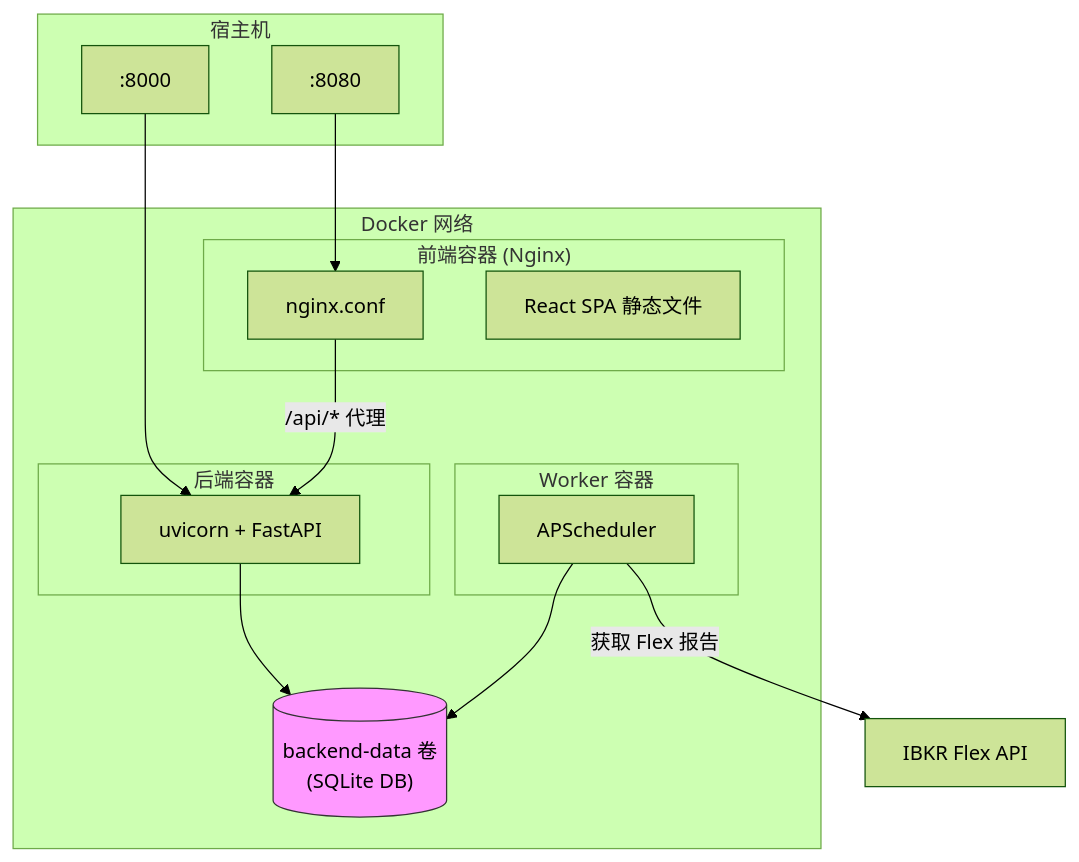
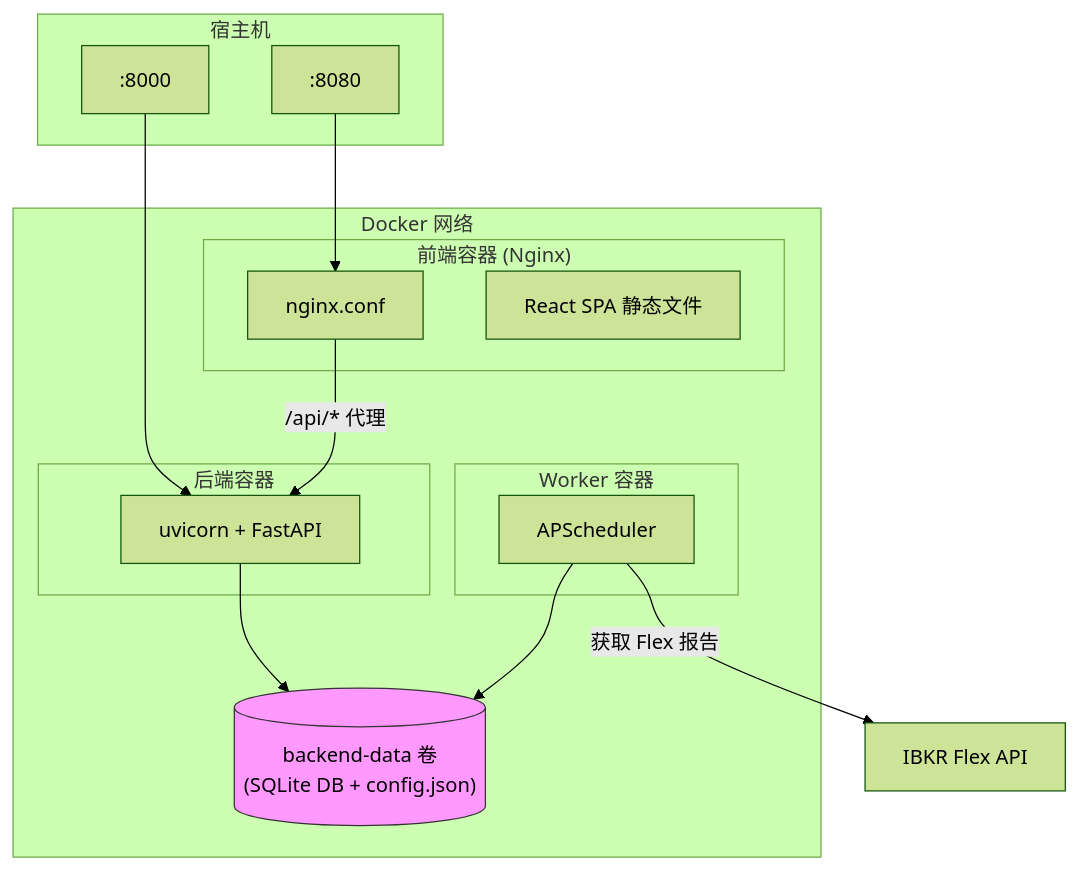
One commit to XUranus/ibkr-dash changed the diagram in docs/i18n/zh-CN/docusaurus-plugin-content-docs/current/deployment/docker.md. Above: the diagram before and after it, drawn with Mermaid (forest theme). The commit also changed other lines of this file and 6 other files, not shown here.

````diff
--- a/docs/i18n/zh-CN/docusaurus-plugin-content-docs/current/deployment/docker.md
+++ b/docs/i18n/zh-CN/docusaurus-plugin-content-docs/current/deployment/docker.md
@@ -14,30 +14,30 @@
 ```mermaid
 graph TB
     subgraph Host["宿主机"]
         P8080[":8080"]
         P8000[":8000"]
     end
 
     subgraph DockerNetwork["Docker 网络"]
         subgraph Frontend["前端容器 (Nginx)"]
             NGINX["nginx.conf"]
             STATIC["React SPA 静态文件"]
         end
         subgraph Backend["后端容器"]
             UVICORN["uvicorn + FastAPI"]
         end
         subgraph Worker["Worker 容器"]
             SCHEDULER["APScheduler"]
         end
-        VOLUME[("backend-data 卷<br/>(SQLite DB)")]
+        VOLUME[("backend-data 卷<br/>(SQLite DB + config.json)")]
     end
 
     P8080 --> NGINX
     P8000 --> UVICORN
     NGINX -->|"/api/* 代理"| UVICORN
     UVICORN --> VOLUME
     SCHEDULER --> VOLUME
     SCHEDULER -->|获取 Flex 报告| IBKR["IBKR Flex API"]
 
     style VOLUME fill:#f9f,stroke:#333
 ```
````
